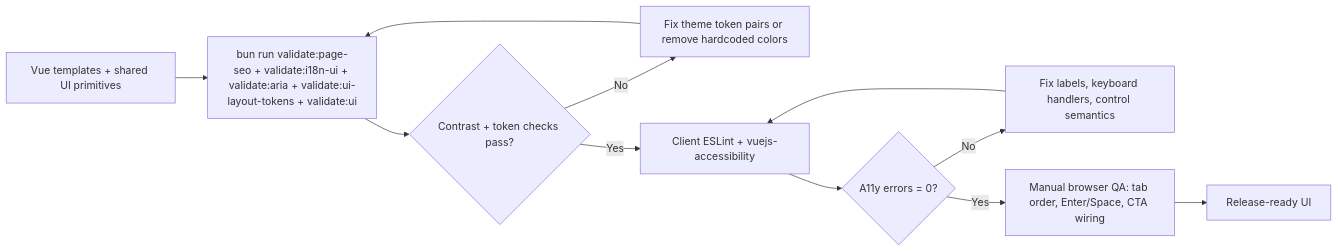
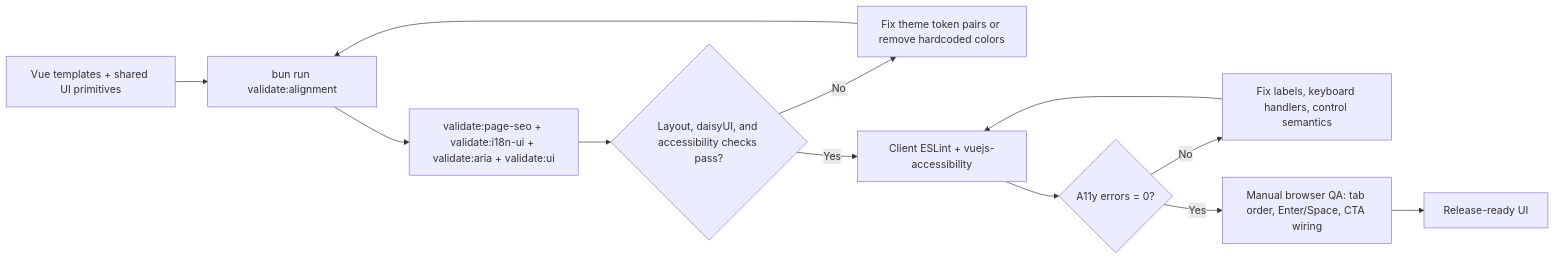
Before and after one commit to d4551/baobuildbuddy: the second of 2 diagrams in README.md, drawn with Mermaid. The commit also changed other lines of this file and 13 other files, not shown here.

````diff
--- a/README.md
+++ b/README.md
@@ -1172,13 +1134,14 @@
 ```mermaid
 flowchart LR
-  Templates["Vue templates + shared UI primitives"] --> UIValidate["bun run validate:page-seo + validate:i18n-ui + validate:aria + validate:ui-layout-tokens + validate:ui"]
-  UIValidate --> UIState{"Contrast + token checks pass?"}
+  Templates["Vue templates + shared UI primitives"] --> Alignment["bun run validate:alignment"]
+  Alignment --> UIValidate["validate:page-seo + validate:i18n-ui + validate:aria + validate:ui"]
+  UIValidate --> UIState{"Layout, daisyUI, and accessibility checks pass?"}
   UIState -->|No| UIFixes["Fix theme token pairs or remove hardcoded colors"]
-  UIFixes --> UIValidate
+  UIFixes --> Alignment
   UIState -->|Yes| A11yLint["Client ESLint + vuejs-accessibility"]
   A11yLint --> LintState{"A11y errors = 0?"}
   LintState -->|No| Fixes["Fix labels, keyboard handlers, control semantics"]
   Fixes --> A11yLint
   LintState -->|Yes| BrowserQA["Manual browser QA: tab order, Enter/Space, CTA wiring"]
   BrowserQA --> Ready["Release-ready UI"]
 ```
````
